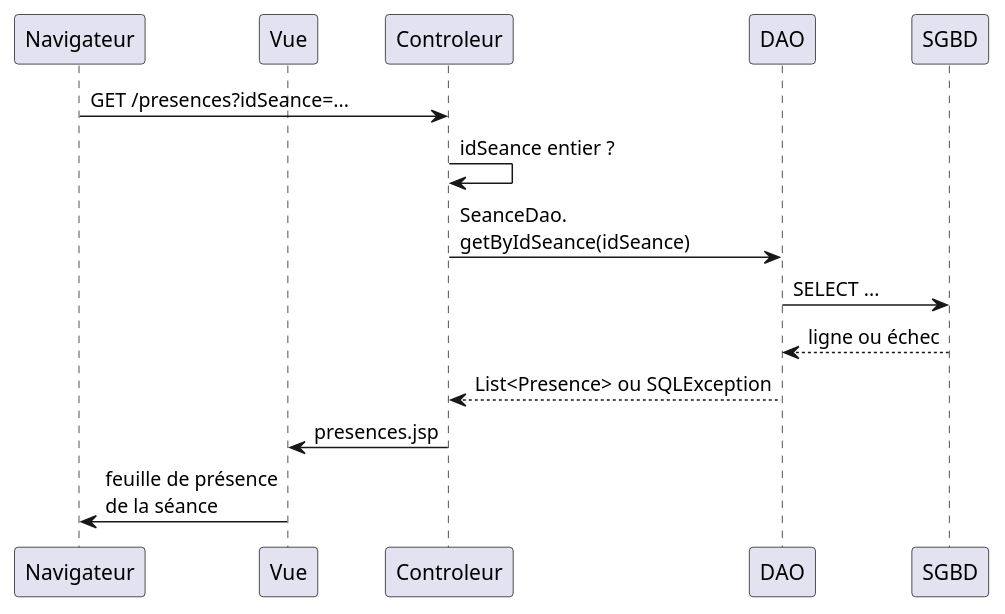
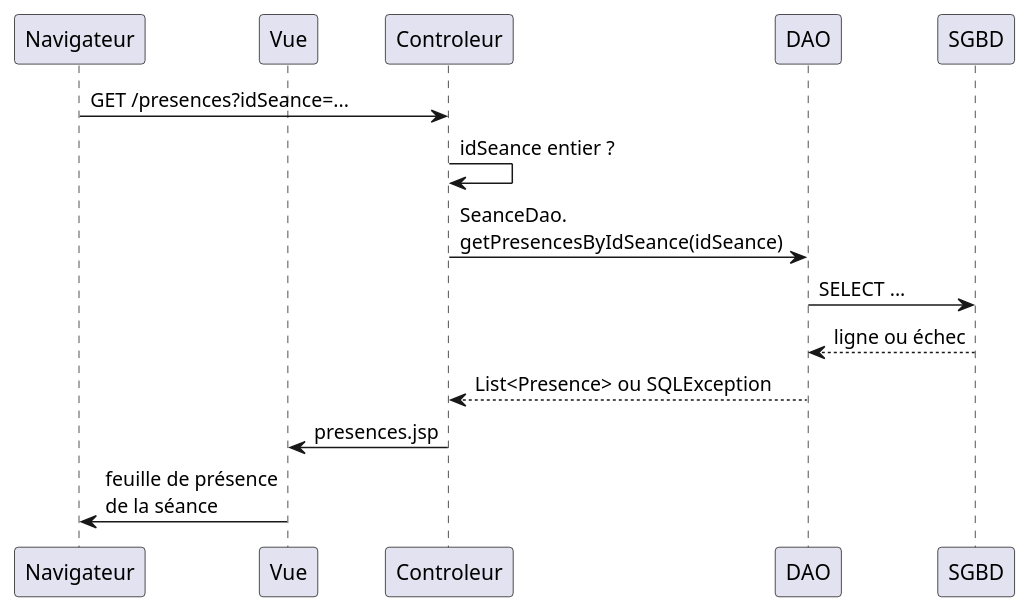
Before and after one commit to michel-plasse/SIOMassy2022: the diagram in src/main/uml/presences.puml, drawn with PlantUML. The commit also changed 2 other files, not shown here.

```diff
--- a/src/main/uml/presences.puml
+++ b/src/main/uml/presences.puml
@@ -1,14 +1,14 @@
 @startuml
 participant Navigateur
 participant Vue
 
 Navigateur -> Controleur: GET /presences?idSeance=...
 Controleur -> Controleur: idSeance entier ?
-Controleur -> DAO: SeanceDao.\ngetByIdSeance(idSeance)
+Controleur -> DAO: SeanceDao.\ngetPresencesByIdSeance(idSeance)
 DAO -> SGBD: SELECT ...
 SGBD --> DAO: ligne ou échec
 DAO --> Controleur: List<Presence> ou SQLException
 Controleur -> Vue: presences.jsp
 Vue -> Navigateur: feuille de présence\nde la séance
 
 @enduml
```
